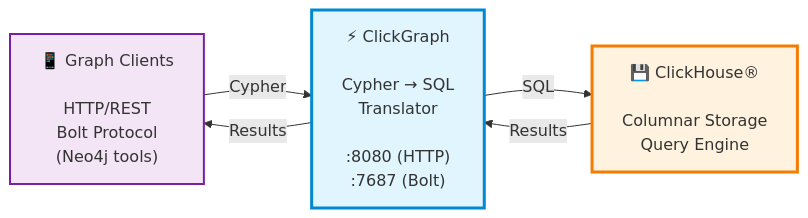
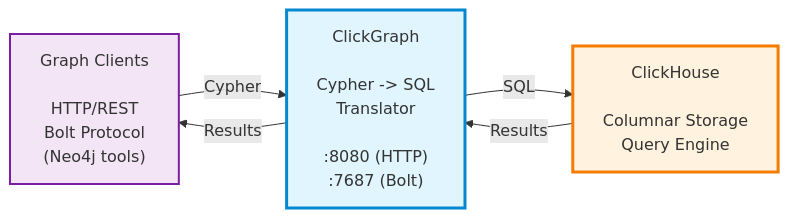
The diagram in README.md (genezhang/clickgraph), drawn with Mermaid before and after one commit. The commit also changed other lines of this file and 5 other files, not shown here.

````diff
--- a/README.md
+++ b/README.md
@@ -176,17 +62,17 @@
 ```mermaid
 flowchart LR
-    Clients["📱 Graph Clients<br/><br/>HTTP/REST<br/>Bolt Protocol<br/>(Neo4j tools)"]
-    
-    ClickGraph["⚡ ClickGraph<br/><br/>Cypher → SQL<br/>Translator<br/><br/>:8080 (HTTP)<br/>:7687 (Bolt)"]
-    
-    ClickHouse["💾 ClickHouse®<br/><br/>Columnar Storage<br/>Query Engine"]
-    
+    Clients["Graph Clients<br/><br/>HTTP/REST<br/>Bolt Protocol<br/>(Neo4j tools)"]
+
+    ClickGraph["ClickGraph<br/><br/>Cypher -> SQL<br/>Translator<br/><br/>:8080 (HTTP)<br/>:7687 (Bolt)"]
+
+    ClickHouse["ClickHouse<br/><br/>Columnar Storage<br/>Query Engine"]
+
     Clients -->|Cypher| ClickGraph
     ClickGraph -->|SQL| ClickHouse
     ClickHouse -->|Results| ClickGraph
     ClickGraph -->|Results| Clients
-    
+
     style ClickGraph fill:#e1f5ff,stroke:#0288d1,stroke-width:3px
     style ClickHouse fill:#fff3e0,stroke:#f57c00,stroke-width:3px
     style Clients fill:#f3e5f5,stroke:#7b1fa2,stroke-width:2px
 ```
````
